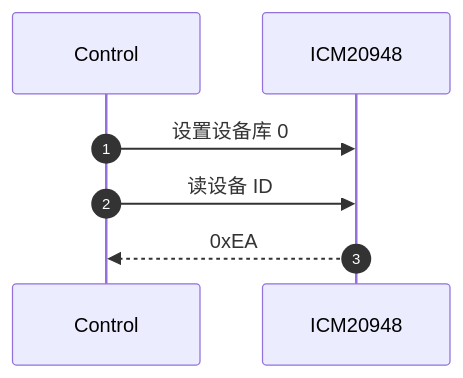
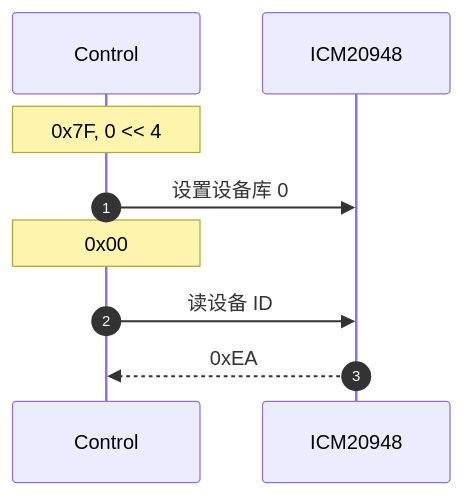
One commit to hkdickyko/hkdickyko.github.io changed the first of 3 diagrams in _posts/2025-04-06-mdchart.md. Above: the diagram before and after it, drawn with Mermaid. The commit also changed other lines of this file, not shown here.

```diff
--- a/_posts/2025-04-06-mdchart.md
+++ b/_posts/2025-04-06-mdchart.md
@@ -132,9 +132,11 @@
 <div class="mermaid">
 sequenceDiagram;
    autonumber;
    participant C as Control;
    participant I as ICM20948;
+   note over C: 0x7F, 0 << 4;
    C->>I: 设置设备库 0;
+   note over C: 0x00;
    C->>I: 读设备 ID;
    I-->>C: 0xEA;
 </div>
```
